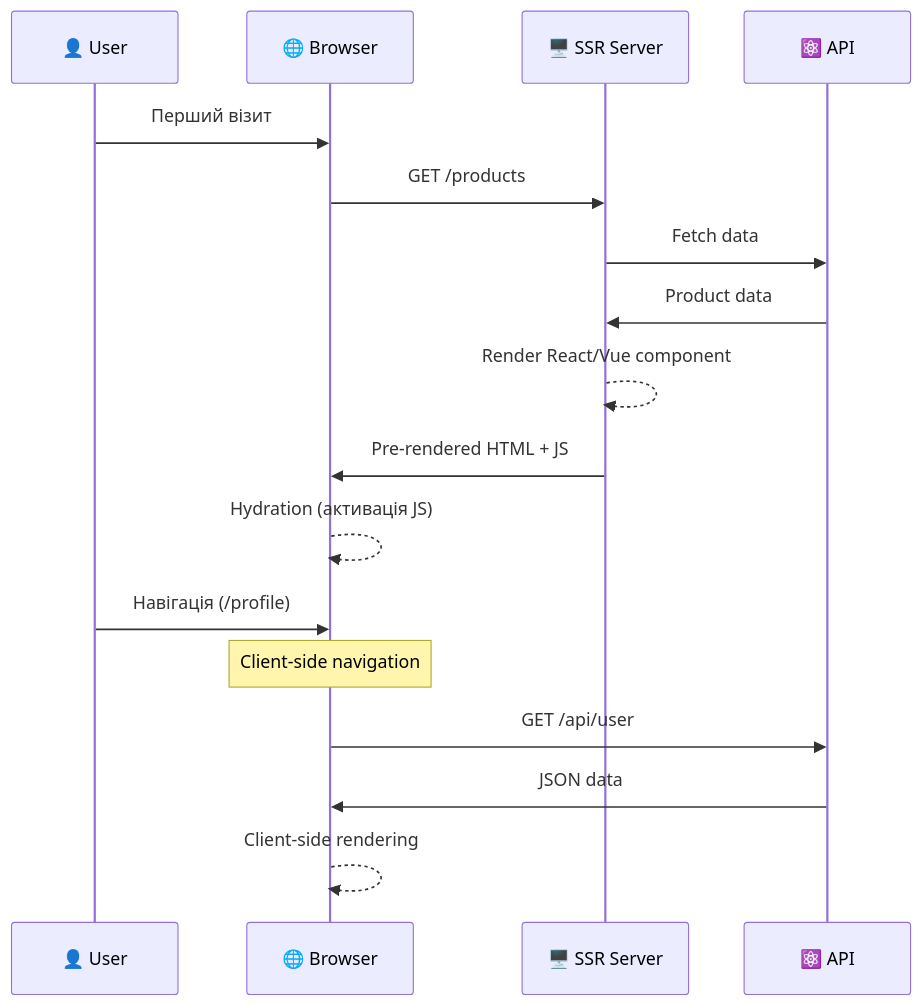
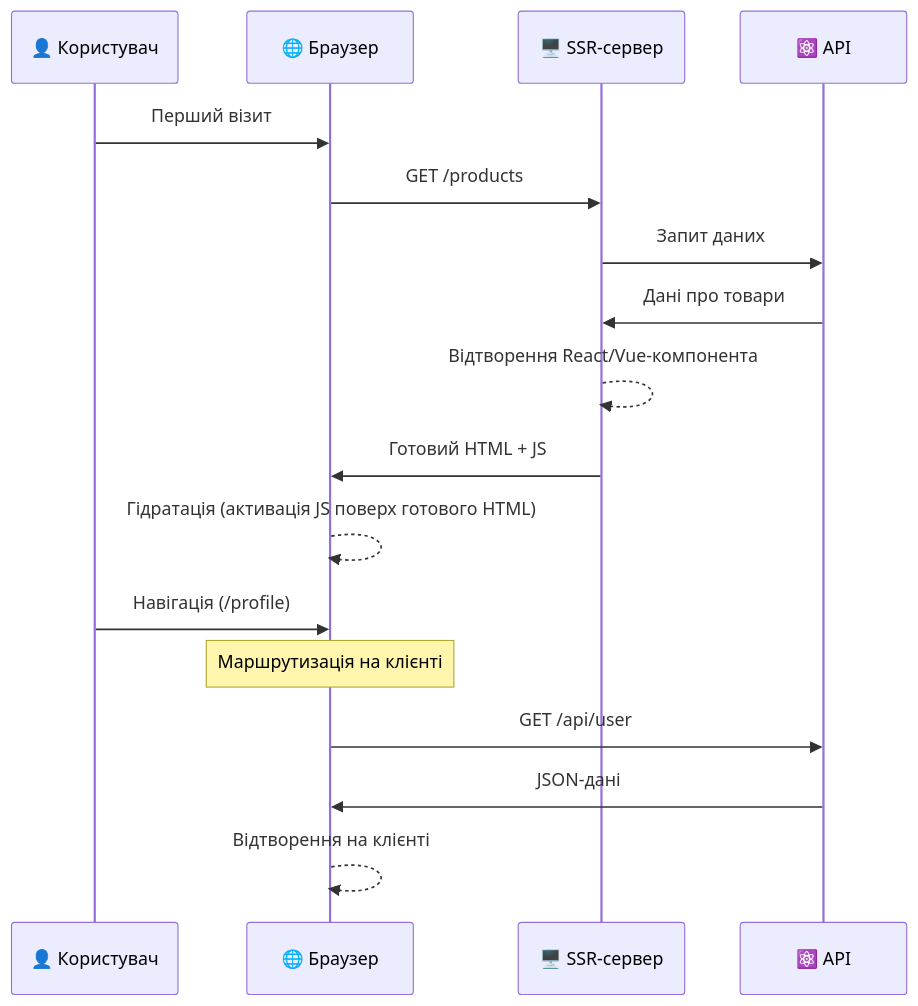
Before and after one commit to olroi421/course-web: diagram 13 of 19 in lectures/lecture-01.md, drawn with Mermaid. The commit also changed other lines of this file and 4 other files, not shown here.

````diff
--- a/lectures/lecture-01.md
+++ b/lectures/lecture-01.md
@@ -895,21 +939,21 @@
 ```mermaid
 sequenceDiagram
-    participant U as 👤 User
-    participant B as 🌐 Browser
-    participant S as 🖥️ SSR Server
+    participant U as 👤 Користувач
+    participant B as 🌐 Браузер
+    participant S as 🖥️ SSR-сервер
     participant A as ⚛️ API
 
     U->>B: Перший візит
     B->>S: GET /products
-    S->>A: Fetch data
-    A->>S: Product data
-    S-->>S: Render React/Vue component
-    S->>B: Pre-rendered HTML + JS
-    B-->>B: Hydration (активація JS)
+    S->>A: Запит даних
+    A->>S: Дані про товари
+    S-->>S: Відтворення React/Vue-компонента
+    S->>B: Готовий HTML + JS
+    B-->>B: Гідратація (активація JS поверх готового HTML)
 
     U->>B: Навігація (/profile)
-    Note over B: Client-side navigation
+    Note over B: Маршрутизація на клієнті
     B->>A: GET /api/user
-    A->>B: JSON data
-    B-->>B: Client-side rendering
+    A->>B: JSON-дані
+    B-->>B: Відтворення на клієнті
 ```
````
